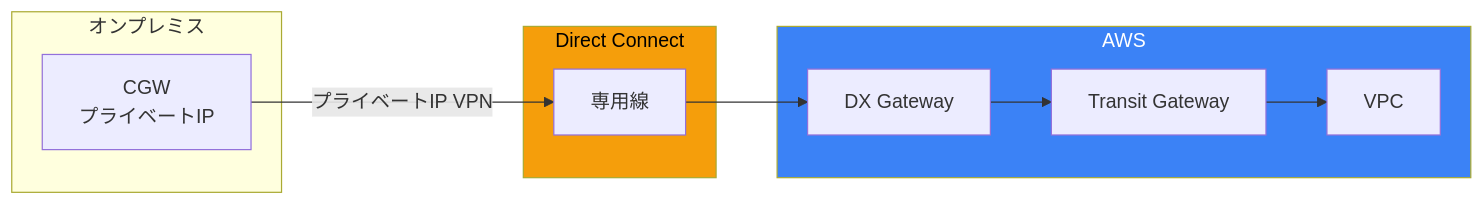
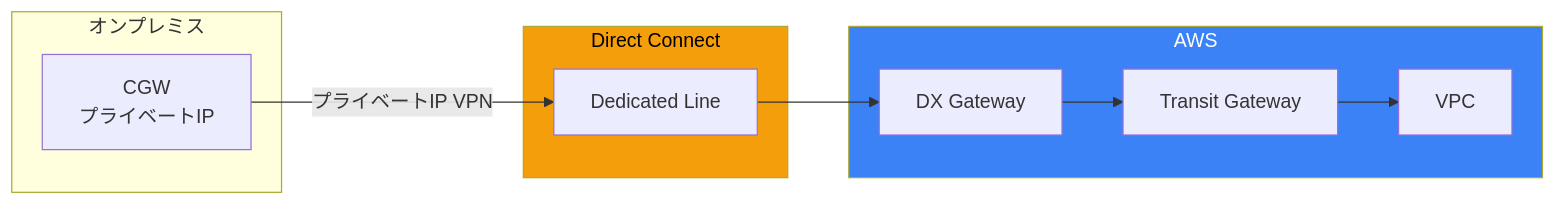
One commit to shunkus/shunku.net changed the tenth of 12 diagrams in content/blog/ja/aws-hybrid-vpn.md. Above: the diagram before and after it, drawn with Mermaid. The commit also changed other lines of this file and 56 other files, not shown here.

````diff
--- a/content/blog/ja/aws-hybrid-vpn.md
+++ b/content/blog/ja/aws-hybrid-vpn.md
@@ -366,24 +366,24 @@
 ```mermaid
 flowchart LR
     subgraph OnPrem["オンプレミス"]
         CGW["CGW<br/>プライベートIP"]
     end
 
     subgraph DX["Direct Connect"]
-        Connection["専用線"]
+        Connection["Dedicated Line"]
     end
 
     subgraph AWS["AWS"]
         DXGW["DX Gateway"]
         TGW["Transit Gateway"]
         VPC["VPC"]
     end
 
     CGW --> |"プライベートIP VPN"| Connection
     Connection --> DXGW
     DXGW --> TGW
     TGW --> VPC
 
     style DX fill:#f59e0b,color:#000
     style AWS fill:#3b82f6,color:#fff
 ```
````
